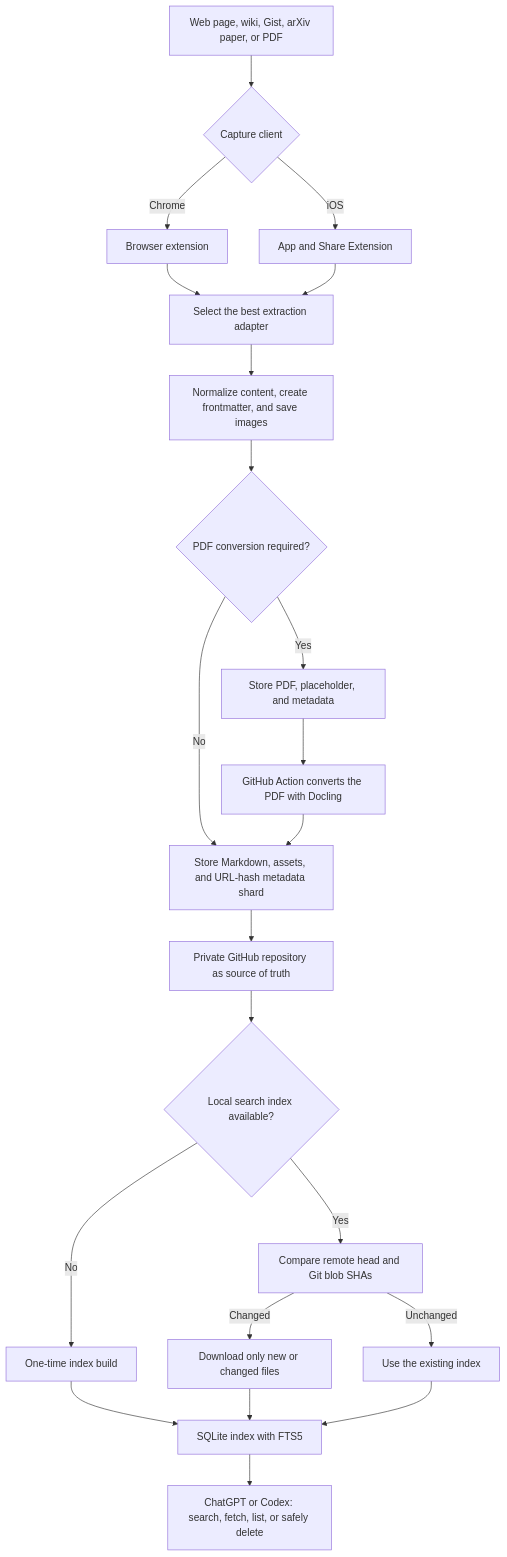
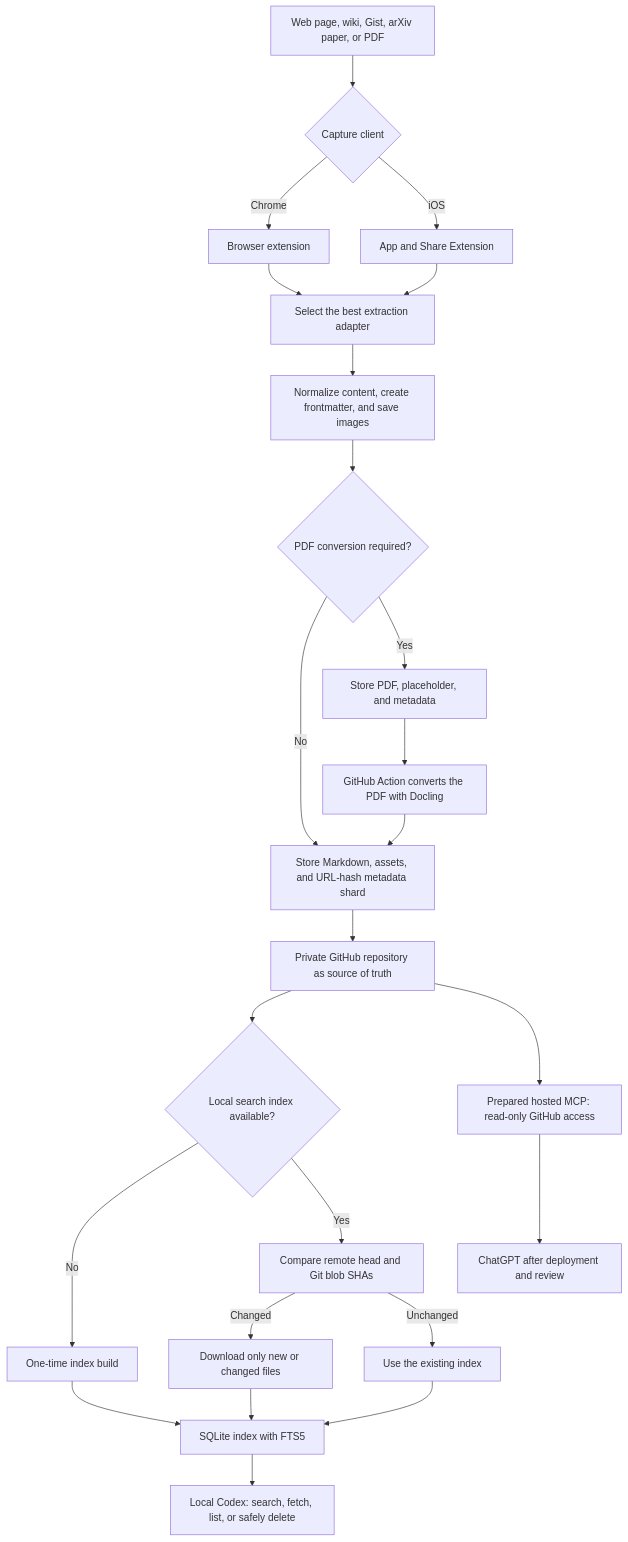
Before and after one commit to patrickschiller/sourcebraid: the diagram in README.md, drawn with Mermaid. The commit also changed other lines of this file and 59 other files, not shown here.

First line of the commit message:
Prepare SourceBraid 1.0.1 Chrome and ChatGPT release

````diff
--- a/README.md
+++ b/README.md
@@ -29,24 +31,26 @@
 ```mermaid
 flowchart TD
     A["Web page, wiki, Gist, arXiv paper, or PDF"] --> B{"Capture client"}
     B -->|Chrome| C["Browser extension"]
     B -->|iOS| D["App and Share Extension"]
     C --> E["Select the best extraction adapter"]
     D --> E
     E --> F["Normalize content, create frontmatter, and save images"]
     F --> G{"PDF conversion required?"}
     G -->|No| H["Store Markdown, assets, and URL-hash metadata shard"]
     G -->|Yes| I["Store PDF, placeholder, and metadata"]
     I --> J["GitHub Action converts the PDF with Docling"]
     J --> H
     H --> K["Private GitHub repository as source of truth"]
     K --> L{"Local search index available?"}
     L -->|No| M["One-time index build"]
     L -->|Yes| N["Compare remote head and Git blob SHAs"]
     N -->|Changed| O["Download only new or changed files"]
     N -->|Unchanged| P["Use the existing index"]
     M --> Q["SQLite index with FTS5"]
     O --> Q
     P --> Q
-    Q --> R["ChatGPT or Codex: search, fetch, list, or safely delete"]
+    Q --> R["Local Codex: search, fetch, list, or safely delete"]
+    K --> S["Prepared hosted MCP: read-only GitHub access"]
+    S --> T["ChatGPT after deployment and review"]
 ```
````
